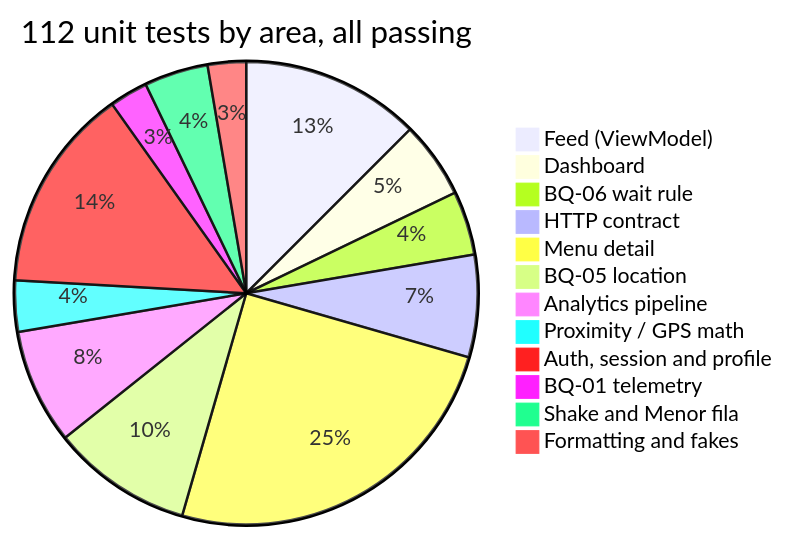
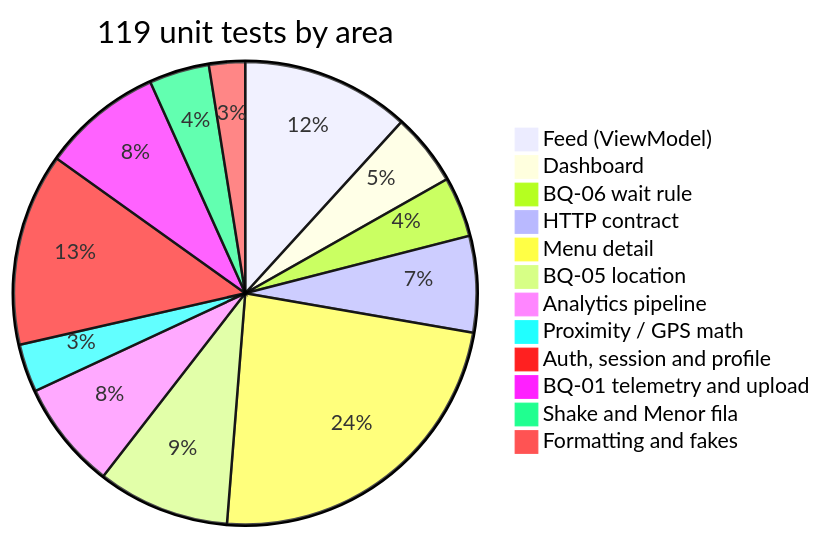
Diagram 15 of 15 in docs/sprint2-sustentacion.md (cmolina12/UniEat-Android), drawn with Mermaid before and after one commit. The commit also changed other lines of this file and 7 other files, not shown here.

````diff
--- a/docs/sprint2-sustentacion.md
+++ b/docs/sprint2-sustentacion.md
@@ -467,15 +478,15 @@
 ```mermaid
-pie title 112 unit tests by area, all passing
+pie title 119 unit tests by area
     "Feed (ViewModel)" : 14
     "Dashboard" : 6
     "BQ-06 wait rule" : 5
     "HTTP contract" : 8
     "Menu detail" : 28
     "BQ-05 location" : 11
     "Analytics pipeline" : 9
     "Proximity / GPS math" : 4
     "Auth, session and profile" : 16
-    "BQ-01 telemetry" : 3
+    "BQ-01 telemetry and upload" : 10
     "Shake and Menor fila" : 5
     "Formatting and fakes" : 3
 ```
````
